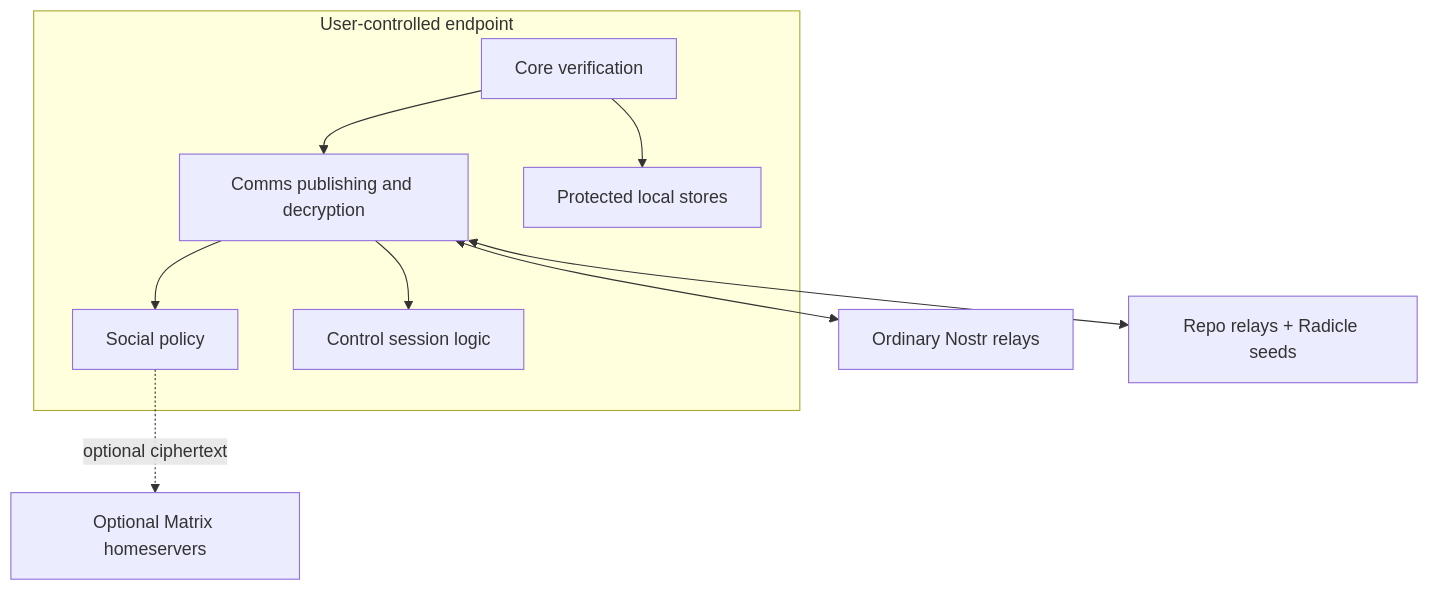
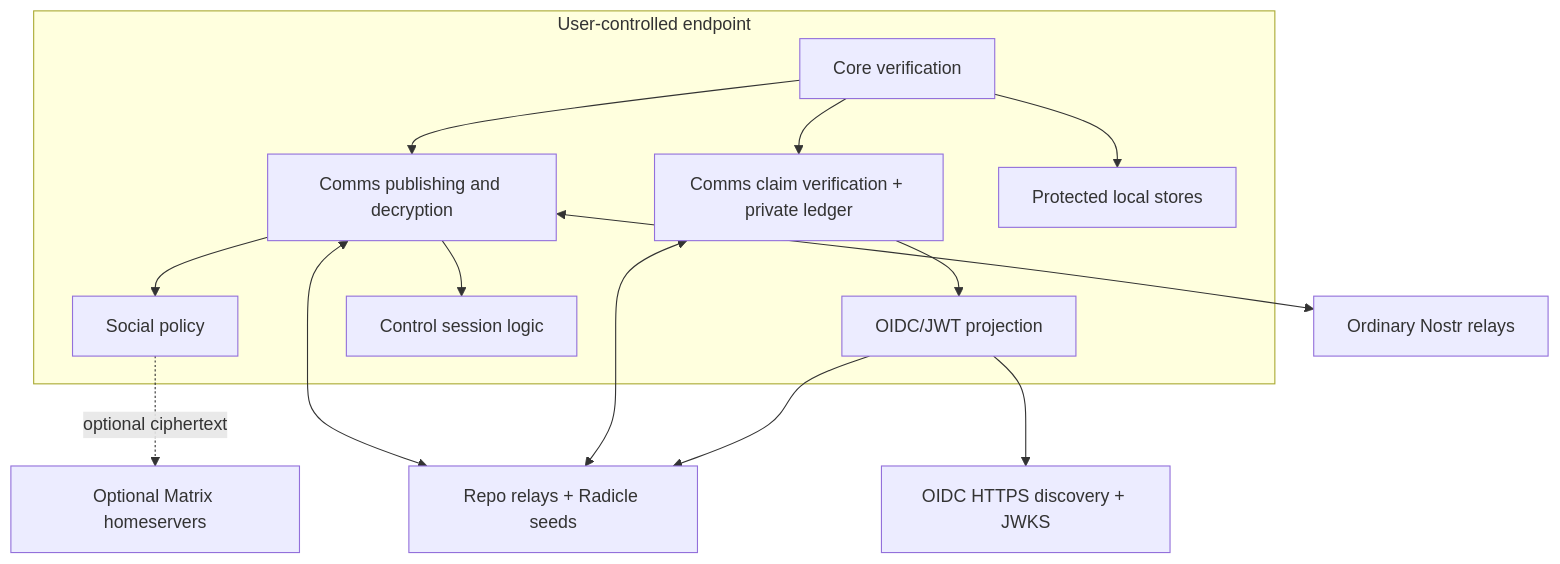
The second of 2 diagrams in docs/architecture.md (HeterodyneNetwork/HeterodyneProtocol), drawn with Mermaid before and after one commit. The commit also changed other lines of this file and 15 other files, not shown here.

Commit message:
docs: complete claims and OIDC conformance profile

````diff
--- a/docs/architecture.md
+++ b/docs/architecture.md
@@ -153,20 +171,28 @@
 ```mermaid
 flowchart TB
   subgraph Device[User-controlled endpoint]
     Verify[Core verification]
     Publish[Comms publishing and decryption]
+    Claims[Comms claim verification + private ledger]
+    OIDC[OIDC/JWT projection]
     Policy[Social policy]
     RPC[Control session logic]
     Keys[Protected local stores]
     Verify --> Publish
+    Verify --> Claims
+    Claims --> OIDC
     Publish --> Policy
     Publish --> RPC
     Verify --> Keys
   end
   Nostr[Ordinary Nostr relays]
   Repo[Repo relays + Radicle seeds]
+  HTTPS[OIDC HTTPS discovery + JWKS]
   Matrix[Optional Matrix homeservers]
   Publish <--> Nostr
   Publish <--> Repo
+  Claims <--> Repo
+  OIDC --> HTTPS
+  OIDC --> Repo
   Policy -. optional ciphertext .-> Matrix
 ```
````
